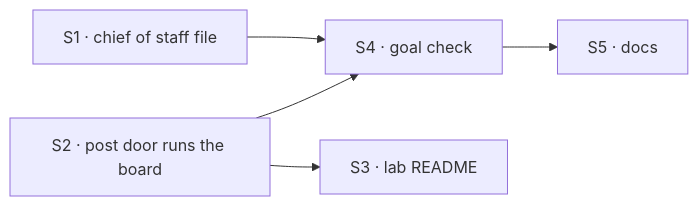
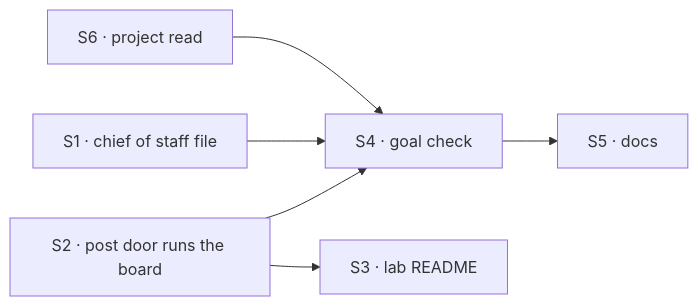
Before and after one commit to fixpoint-labs/flow-state-dev: the diagram in specs/issues/FIX-1774/PLAN.md, drawn with Mermaid. The commit also changed other lines of this file and 3 other files, not shown here.

````diff
--- a/specs/issues/FIX-1774/PLAN.md
+++ b/specs/issues/FIX-1774/PLAN.md
@@ -21,7 +22,8 @@
 ```mermaid
 flowchart LR
   S2["S2 · post door runs the board"] --> S4["S4 · goal check"]
   S1["S1 · chief of staff file"] --> S4
+  S6["S6 · project read"] --> S4
   S2 --> S3["S3 · lab README"]
   S4 --> S5["S5 · docs"]
 ```
````
